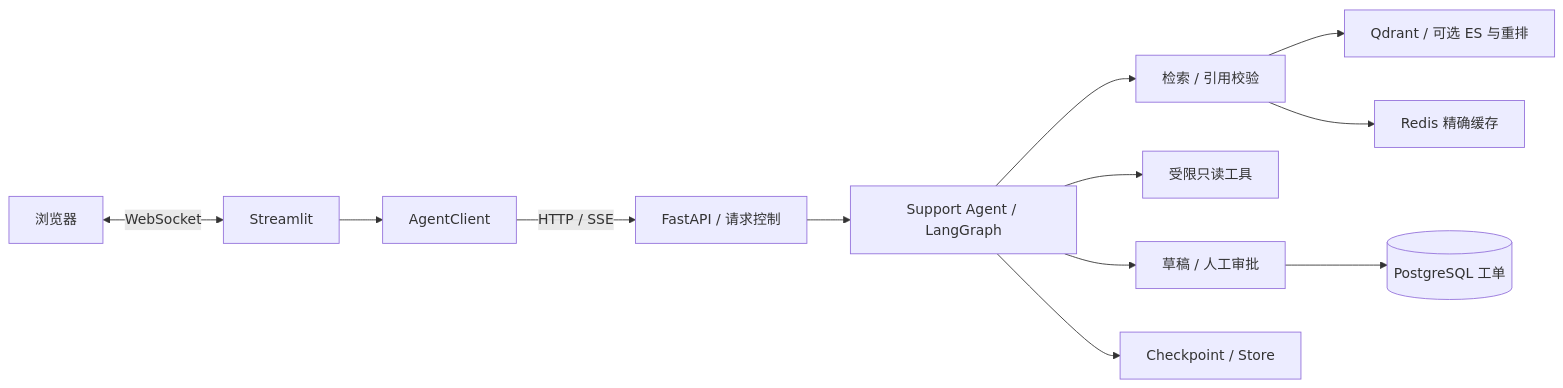
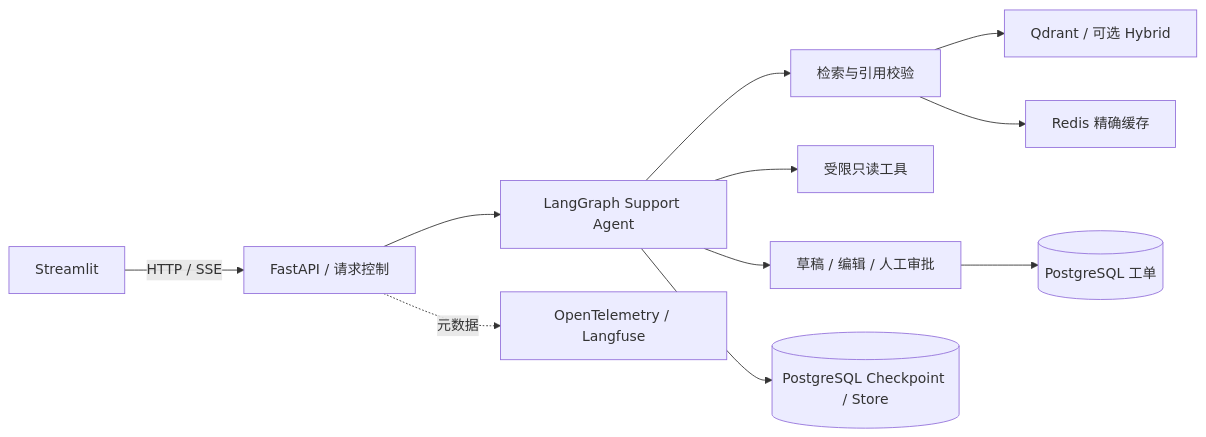
Before and after one commit to penpendashuai-alt/enterprise-support-agent: the diagram in README.md, drawn with Mermaid. The commit also changed other lines of this file and 9 other files, not shown here.

First line of the commit message:
docs: showcase support-agent workflow demos and reproducible results

````diff
--- a/README.md
+++ b/README.md
@@ -28,14 +51,13 @@
 ```mermaid
 flowchart LR
-    Browser[浏览器] <-->|WebSocket| UI[Streamlit]
-    UI --> Client[AgentClient]
-    Client -->|HTTP / SSE| Service[FastAPI / 请求控制]
-    Service --> Agent[Support Agent / LangGraph]
-    Agent --> Retrieval[检索 / 引用校验]
-    Retrieval --> Qdrant[Qdrant / 可选 ES 与重排]
-    Retrieval --> Redis[Redis 精确缓存]
-    Agent --> Tools[受限只读工具]
-    Agent --> Approval[草稿 / 人工审批]
-    Approval --> DB[(PostgreSQL 工单)]
-    Agent --> Memory[Checkpoint / Store]
+    UI[Streamlit] -->|HTTP / SSE| API[FastAPI / 请求控制]
+    API --> Graph[LangGraph Support Agent]
+    Graph --> RAG[检索与引用校验]
+    RAG --> Qdrant[Qdrant / 可选 Hybrid]
+    RAG --> Redis[Redis 精确缓存]
+    Graph --> Tools[受限只读工具]
+    Graph --> Approval[草稿 / 编辑 / 人工审批]
+    Approval --> Tickets[(PostgreSQL 工单)]
+    Graph --> Memory[(PostgreSQL Checkpoint / Store)]
+    API -.元数据.-> Trace[OpenTelemetry / Langfuse]
 ```
````
